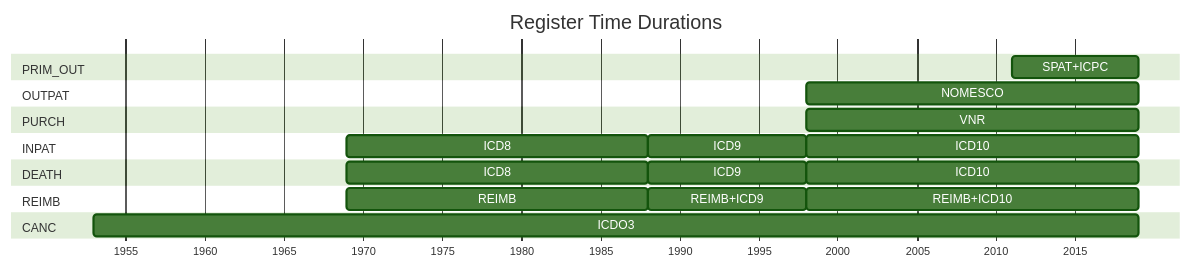
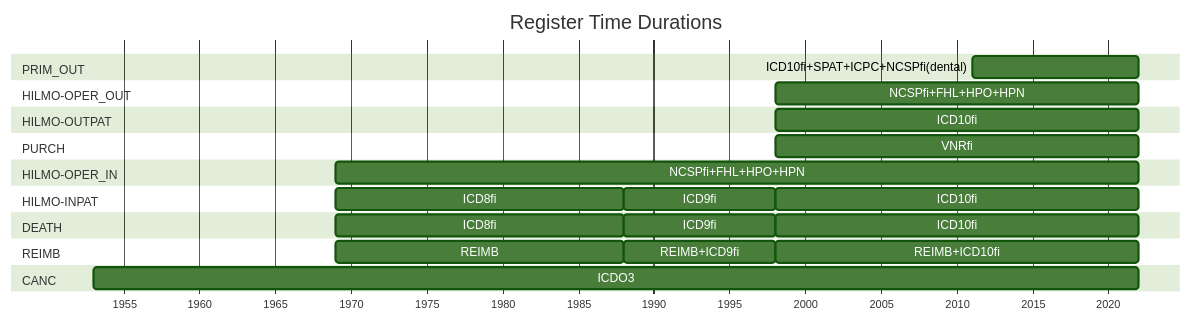
The diagram in 2_etl_specifications/documentation/appendix_registers_time_duration.md (FINNGEN/ETL), drawn with Mermaid (forest theme) before and after one commit. The commit also changed other lines of this file and 5 other files, not shown here.

````diff
--- a/2_etl_specifications/documentation/appendix_registers_time_duration.md
+++ b/2_etl_specifications/documentation/appendix_registers_time_duration.md
@@ -11,36 +14,42 @@
 ```mermaid 
 ---
 displayMode: compact
 ---
 gantt
     title Register Time Durations
     dateFormat YYYY
     axisFormat %Y
 
     section PRIM_OUT
-    SPAT+ICPC       : 2011, 2019
+    ICD10fi+SPAT+ICPC+NCSPfi(dental)       : 2011, 2022
 
-    section OUTPAT
-    NOMESCO         : 1998, 2019
+    section HILMO-OPER_OUT
+    NCSPfi+FHL+HPO+HPN         : 1998, 2022
+
+    section HILMO-OUTPAT
+    ICD10fi         : 1998, 2022
 
     section PURCH
-    VNR         : 1998, 2019
+    VNRfi         : 1998, 2022
 
-    section INPAT
-    ICD8         : 1969, 1988
-    ICD9         : 1988, 1998
-    ICD10        : 1998, 2019
+    section HILMO-OPER_IN
+    NCSPfi+FHL+HPO+HPN         : 1969, 2022
+
+    section HILMO-INPAT
+    ICD8fi         : 1969, 1988
+    ICD9fi         : 1988, 1998
+    ICD10fi        : 1998, 2022
 
     section DEATH
-    ICD8         : 1969, 1988
-    ICD9         : 1988, 1998
-    ICD10        : 1998, 2019
+    ICD8fi         : 1969, 1988
+    ICD9fi         : 1988, 1998
+    ICD10fi        : 1998, 2022
 
     section REIMB
     REIMB         : 1969, 1988
-    REIMB+ICD9   : 1988, 1998
-    REIMB+ICD10  : 1998, 2019
+    REIMB+ICD9fi   : 1988, 1998
+    REIMB+ICD10fi  : 1998, 2022
 
     section CANC
-    ICDO3            : 1953, 2019
+    ICDO3            : 1953, 2022
 ```
````
